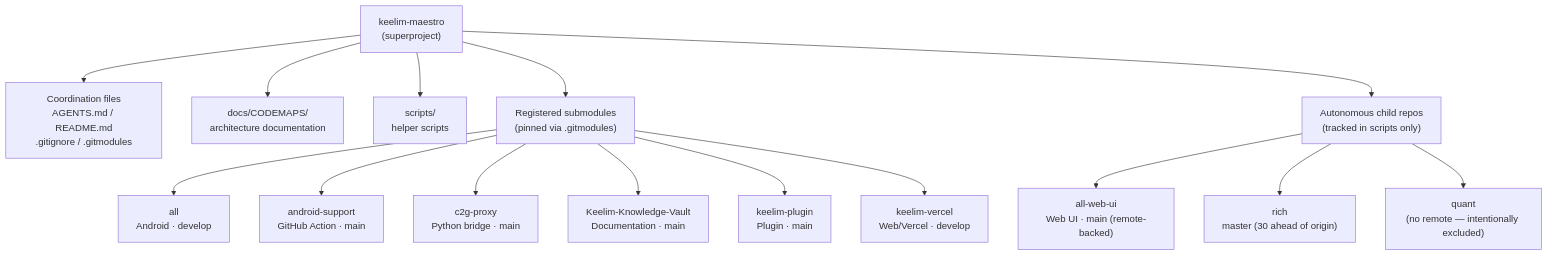
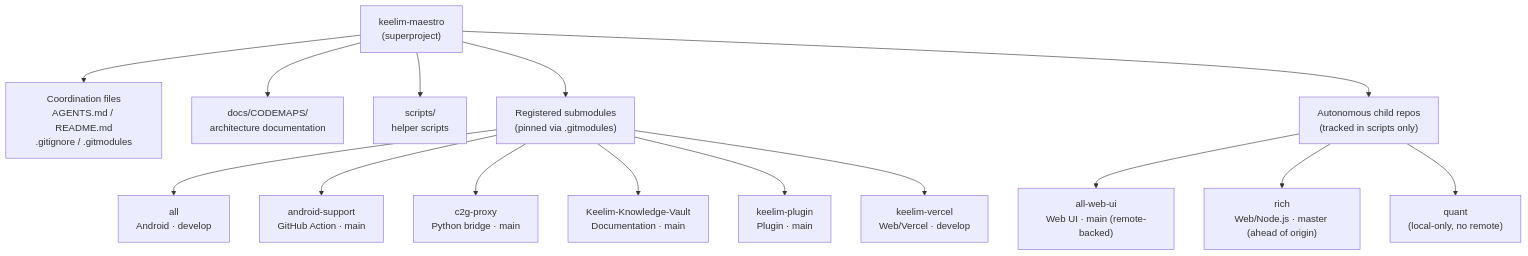
Before and after one commit to keelim/keelim-maestro: the diagram in docs/CODEMAPS/WORKSPACE.md, drawn with Mermaid. The commit also changed other lines of this file and 2 other files, not shown here.

Commit message:
chore: update codemaps [skip ci]
- WORKSPACE.md: clarify rich (Web/Node.js) and quant (local-only) types
  in both topology diagram and child repository catalogue; remove stale
  "Unknown" placeholders
- SUBMODULES.md: add Type field for rich autonomous repo documenting the
  rich/web Next.js app that imports all-web-ui
- README.md: add CLAUDE.md to quick orientation tree

https://claude.ai/code/session_01GAzPHLFN6X13ixpssf5d7Y

````diff
--- a/docs/CODEMAPS/WORKSPACE.md
+++ b/docs/CODEMAPS/WORKSPACE.md
@@ -12,21 +12,21 @@
 ```mermaid
 flowchart TB
     root["keelim-maestro\n(superproject)"]
 
     root --> coord["Coordination files\nAGENTS.md / README.md\n.gitignore / .gitmodules"]
     root --> docs["docs/CODEMAPS/\narchitecture documentation"]
     root --> scripts["scripts/\nhelper scripts"]
     root --> submodules["Registered submodules\n(pinned via .gitmodules)"]
     root --> autonomous["Autonomous child repos\n(tracked in scripts only)"]
 
     submodules --> all["all\nAndroid · develop"]
     submodules --> android["android-support\nGitHub Action · main"]
     submodules --> c2g["c2g-proxy\nPython bridge · main"]
     submodules --> vault["Keelim-Knowledge-Vault\nDocumentation · main"]
     submodules --> plugin["keelim-plugin\nPlugin · main"]
     submodules --> vercel["keelim-vercel\nWeb/Vercel · develop"]
 
     autonomous --> webui["all-web-ui\nWeb UI · main (remote-backed)"]
-    autonomous --> rich["rich\nmaster (30 ahead of origin)"]
-    autonomous --> quant["quant\n(no remote — intentionally excluded)"]
+    autonomous --> rich["rich\nWeb/Node.js · master (ahead of origin)"]
+    autonomous --> quant["quant\n(local-only, no remote)"]
 ```
````
